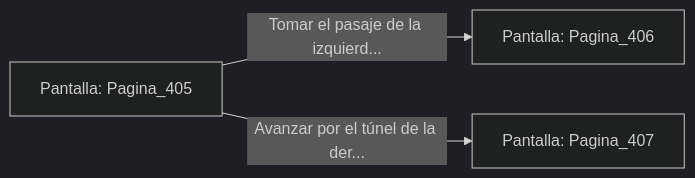
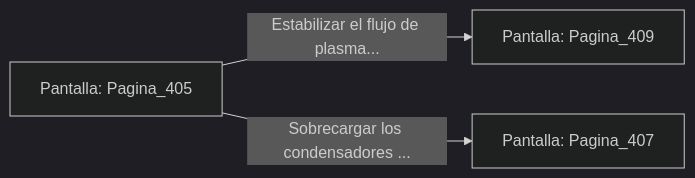
One commit to metsuke/mpl changed the diagram in sample/eligejuego-vault/Pantalla_Pagina_405.md. Above: the diagram before and after it, drawn with Mermaid (dark theme). The commit also changed other lines of this file and 635 other files, not shown here.

First line of the commit message:
fix: añadir Pagina_1 como pantalla inicial en capitulo_01.mpl

````diff
--- a/sample/eligejuego-vault/Pantalla_Pagina_405.md
+++ b/sample/eligejuego-vault/Pantalla_Pagina_405.md
@@ -20,6 +24,6 @@
 ```mermaid
 graph LR
     P_Pagina_405["Pantalla: Pagina_405"]
-    P_Pagina_405 -->|"Tomar el pasaje de la izquierd..."| P_Pagina_406["Pantalla: Pagina_406"]
-    P_Pagina_405 -->|"Avanzar por el túnel de la der..."| P_Pagina_407["Pantalla: Pagina_407"]
+    P_Pagina_405 -->|"Estabilizar el flujo de plasma..."| P_Pagina_409["Pantalla: Pagina_409"]
+    P_Pagina_405 -->|"Sobrecargar los condensadores ..."| P_Pagina_407["Pantalla: Pagina_407"]
 ```
````
